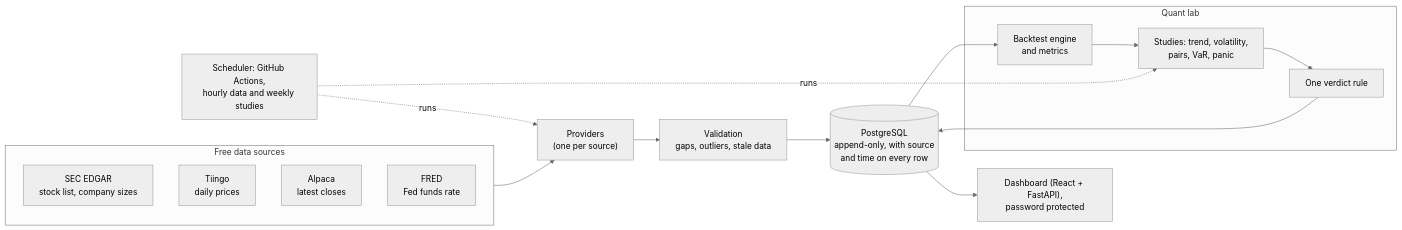
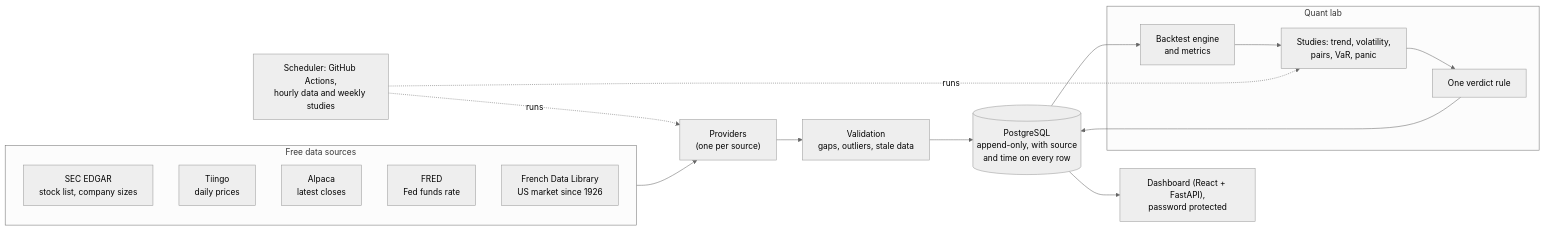
One commit to ayaantulvi-hub/stock-intelligence changed the diagram in README.md. Above: the diagram before and after it, drawn with Mermaid (neutral theme). The commit also changed other lines of this file and 9 other files, not shown here.

````diff
--- a/README.md
+++ b/README.md
@@ -31,22 +37,23 @@
 ```mermaid
 flowchart LR
   subgraph Sources["Free data sources"]
     SEC["SEC EDGAR<br/>stock list, company sizes"]
     TII["Tiingo<br/>daily prices"]
     ALP["Alpaca<br/>latest closes"]
     FRED["FRED<br/>Fed funds rate"]
+    KF["French Data Library<br/>US market since 1926"]
   end
   P["Providers<br/>(one per source)"]
   V["Validation<br/>gaps, outliers, stale data"]
   DB[("PostgreSQL<br/>append-only, with source<br/>and time on every row")]
   subgraph Lab["Quant lab"]
     E["Backtest engine<br/>and metrics"]
     S["Studies: trend, volatility,<br/>pairs, VaR, panic"]
     J["One verdict rule"]
   end
   SCH["Scheduler: GitHub Actions,<br/>hourly data and weekly studies"]
   UI["Dashboard (React + FastAPI),<br/>password protected"]
   Sources --> P --> V --> DB --> E --> S --> J --> DB
   SCH -. runs .-> P & S
   DB --> UI
 ```
````
